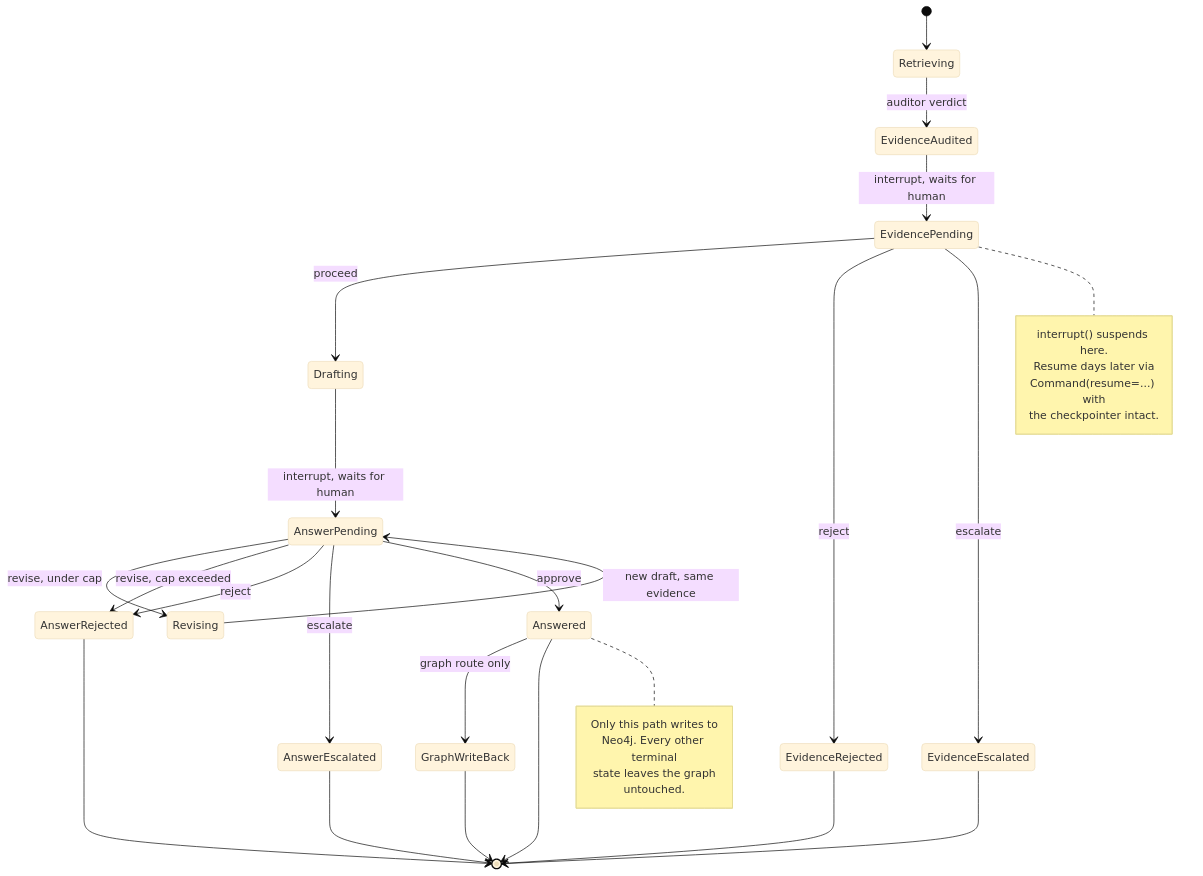
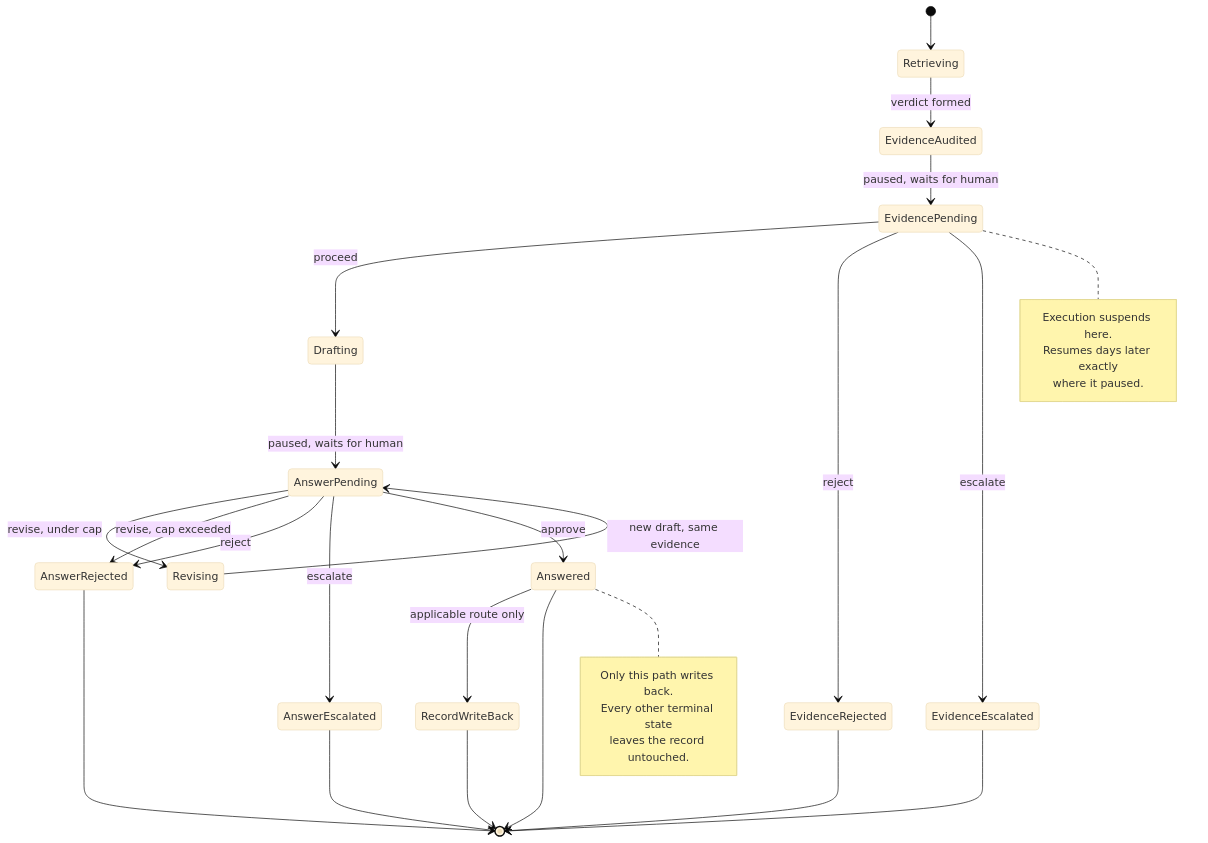
Before and after one commit to muskaangaur06/counselgraph: the fifth of 7 diagrams in README.md, drawn with Mermaid (base theme). The commit also changed other lines of this file, not shown here.

````diff
--- a/README.md
+++ b/README.md
@@ -165,41 +191,39 @@
 ```mermaid
 stateDiagram-v2
     [*] --> Retrieving
-    Retrieving --> EvidenceAudited : auditor verdict
-    EvidenceAudited --> EvidencePending : interrupt, waits for human
+    Retrieving --> EvidenceAudited : verdict formed
+    EvidenceAudited --> EvidencePending : paused, waits for human
 
     EvidencePending --> Drafting : proceed
     EvidencePending --> EvidenceRejected : reject
     EvidencePending --> EvidenceEscalated : escalate
 
-    Drafting --> AnswerPending : interrupt, waits for human
+    Drafting --> AnswerPending : paused, waits for human
     AnswerPending --> Revising : revise, under cap
     Revising --> AnswerPending : new draft, same evidence
     AnswerPending --> AnswerRejected : revise, cap exceeded
     AnswerPending --> AnswerRejected : reject
     AnswerPending --> AnswerEscalated : escalate
     AnswerPending --> Answered : approve
 
-    Answered --> GraphWriteBack : graph route only
-    GraphWriteBack --> [*]
+    Answered --> RecordWriteBack : applicable route only
+    RecordWriteBack --> [*]
     Answered --> [*]
 
     EvidenceRejected --> [*]
     EvidenceEscalated --> [*]
     AnswerRejected --> [*]
     AnswerEscalated --> [*]
 
     note right of EvidencePending
-        interrupt() suspends here.
-        Resume days later via
-        Command(resume=...) with
-        the checkpointer intact.
+        Execution suspends here.
+        Resumes days later exactly
+        where it paused.
     end note
 
     note right of Answered
-        Only this path writes to
-        Neo4j. Every other terminal
-        state leaves the graph
-        untouched.
+        Only this path writes back.
+        Every other terminal state
+        leaves the record untouched.
     end note
 ```
````
